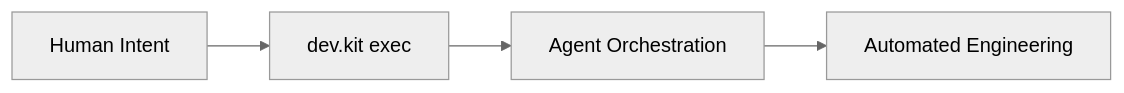
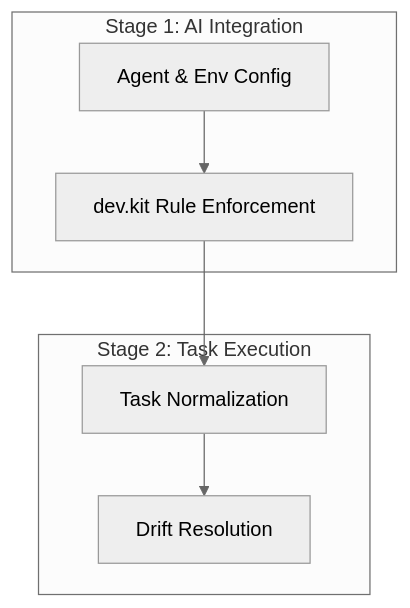
Before and after one commit to udx/dev.kit: the fourth of 4 diagrams in README.md, drawn with Mermaid (neutral theme). The commit also changed other lines of this file and 1 other file, not shown here.

Commit message:
docs: refine AI orchestration stages in readme and methodology

````diff
--- a/README.md
+++ b/README.md
@@ -63,6 +63,12 @@
 ```mermaid
-flowchart LR
-    Intent[Human Intent] --> Exec[dev.kit exec]
-    Exec --> AI[Agent Orchestration]
-    AI --> Auto[Automated Engineering]
+flowchart TD
+    subgraph Stage 1: AI Integration
+    Config[Agent & Env Config] --> Enforce[dev.kit Rule Enforcement]
+    end
+    
+    subgraph Stage 2: Task Execution
+    Normal[Task Normalization] --> Resolution[Drift Resolution]
+    end
+    
+    Enforce --> Normal
 ```
````
